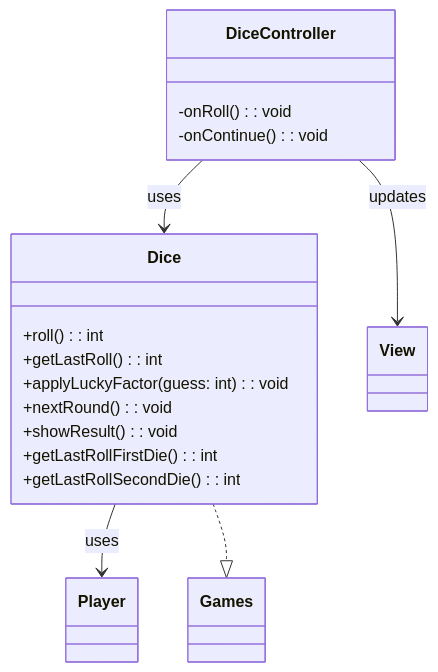
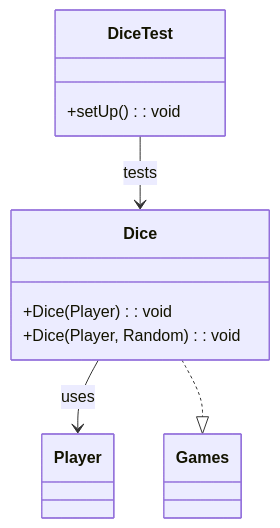
One commit to MatteoCalvanico/pss23-Calvanico-Monti-Ghinelli-VirtualCasino changed the sixth of 10 diagrams in Relazione.md. Above: the diagram before and after it, drawn with Mermaid. The commit also changed other lines of this file, not shown here.

````diff
--- a/Relazione.md
+++ b/Relazione.md
@@ -290,21 +290,14 @@
 ```mermaid
 classDiagram
 class Dice {
-    +roll(): int
-    +getLastRoll(): int
-    +applyLuckyFactor(guess: int): void
-    +nextRound(): void
-    +showResult(): void
-    +getLastRollFirstDie(): int
-    +getLastRollSecondDie(): int
+    +Dice(Player): void
+    +Dice(Player, Random): void
 }
 Dice --> Player : uses
 Dice ..|> Games
 
-class DiceController {
-    -onRoll(): void
-    -onContinue(): void
+class DiceTest {
+    +setUp(): void
 }
-DiceController --> Dice : uses
-DiceController --> View : updates
+DiceTest --> Dice : tests
 ```
````
